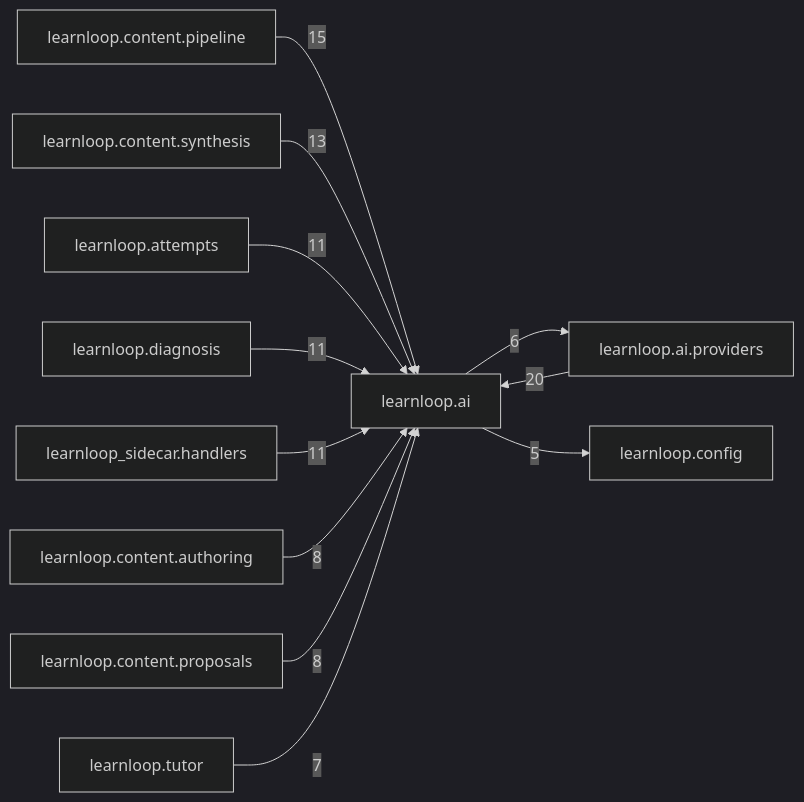
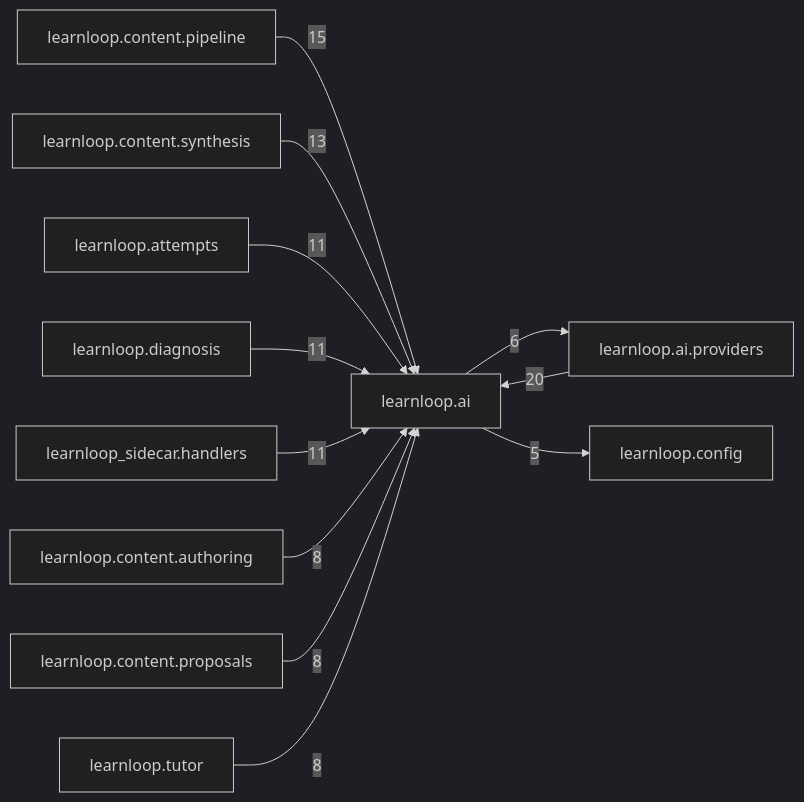
One commit to 6up-b/learnanything changed the diagram in docs/learnloop-architecture-vault/Reference/Modules/learnloop/ai/_package.md. Above: the diagram before and after it, drawn with Mermaid (dark theme). The commit also changed other lines of this file and 23 other files, not shown here.

````diff
--- a/docs/learnloop-architecture-vault/Reference/Modules/learnloop/ai/_package.md
+++ b/docs/learnloop-architecture-vault/Reference/Modules/learnloop/ai/_package.md
@@ -110,25 +110,25 @@
 ```mermaid
 flowchart LR
     center["learnloop.ai"]
     n_learnloop_ai_providers["learnloop.ai.providers"]
     n_learnloop_content_pipeline["learnloop.content.pipeline"]
     n_learnloop_content_synthesis["learnloop.content.synthesis"]
     n_learnloop_attempts["learnloop.attempts"]
     n_learnloop_diagnosis["learnloop.diagnosis"]
     n_learnloop_sidecar_handlers["learnloop_sidecar.handlers"]
     n_learnloop_content_authoring["learnloop.content.authoring"]
     n_learnloop_content_proposals["learnloop.content.proposals"]
     n_learnloop_tutor["learnloop.tutor"]
     n_learnloop_config["learnloop.config"]
     n_learnloop_ai_providers -->|20| center
     center -->|6| n_learnloop_ai_providers
     n_learnloop_content_pipeline -->|15| center
     n_learnloop_content_synthesis -->|13| center
     n_learnloop_attempts -->|11| center
     n_learnloop_diagnosis -->|11| center
     n_learnloop_sidecar_handlers -->|11| center
     n_learnloop_content_authoring -->|8| center
     n_learnloop_content_proposals -->|8| center
-    n_learnloop_tutor -->|7| center
+    n_learnloop_tutor -->|8| center
     center -->|5| n_learnloop_config
 ```
````
